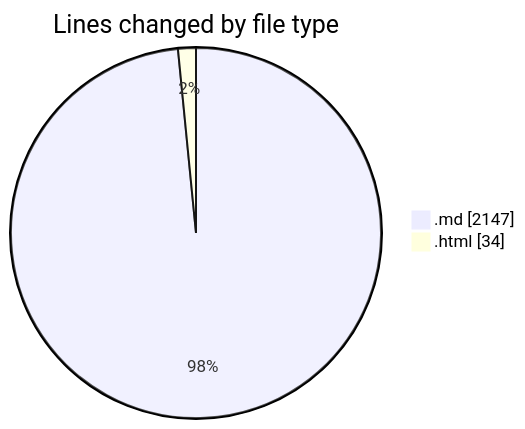
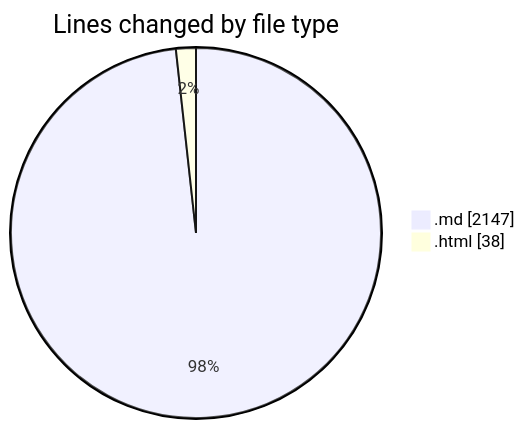
One commit to Ritupan-Deka/code-tracking changed the first of 2 diagrams in 2025-07-07/urlwebwala_intership_work/README.md. Above: the diagram before and after it, drawn with Mermaid. The commit also changed other lines of this file and 1 other file, not shown here.

````diff
--- a/2025-07-07/urlwebwala_intership_work/README.md
+++ b/2025-07-07/urlwebwala_intership_work/README.md
@@ -24,6 +24,6 @@
 ```mermaid
 pie showData
 title Lines changed by file type
 ".md" : 2147
-".html" : 34
+".html" : 38
 ```
````
